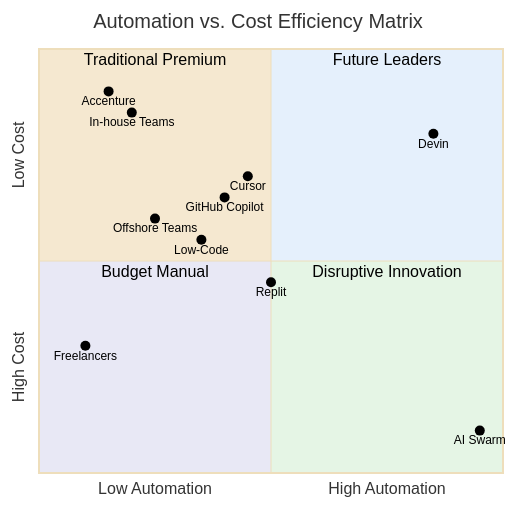
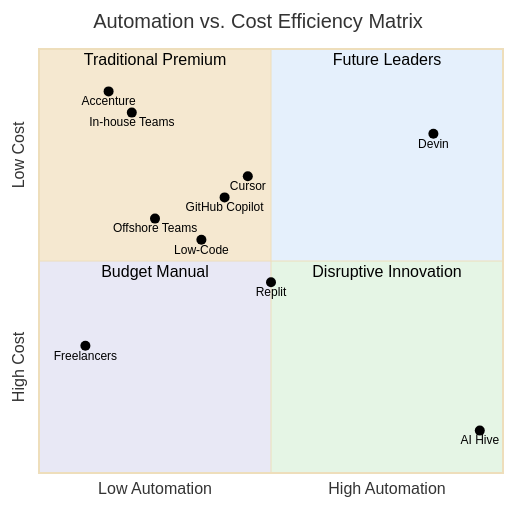
One commit to o2alexanderfedin/AI-Hive-Business-Docs changed diagram 15 of 18 in business-documents/competitive-positioning/02-competitive-landscape.md. Above: the diagram before and after it, drawn with Mermaid. The commit also changed other lines of this file and 22 other files, not shown here.

First line of the commit message:
Replace all references from 'AI Swarm' to 'AI Hive' across project

````diff
--- a/business-documents/competitive-positioning/02-competitive-landscape.md
+++ b/business-documents/competitive-positioning/02-competitive-landscape.md
@@ -807,37 +807,37 @@
 ```mermaid
 %%{init: {
   'theme': 'base',
   'themeVariables': {
     'quadrant1Fill': '#E5F0FC',
     'quadrant2Fill': '#F5E8D0',
     'quadrant3Fill': '#E8E8F5',
     'quadrant4Fill': '#E5F5E5',
     'quadrant1TextFill': '#000000',
     'quadrant2TextFill': '#000000',
     'quadrant3TextFill': '#000000',
     'quadrant4TextFill': '#000000',
     'quadrantPointFill': '#000000',
     'quadrantPointTextFill': '#000000'
   }
 }}%%
 quadrantChart
     title Automation vs. Cost Efficiency Matrix
     x-axis Low Automation --> High Automation
     y-axis High Cost --> Low Cost
 
     quadrant-1 Future Leaders
     quadrant-2 Traditional Premium
     quadrant-3 Budget Manual
     quadrant-4 Disruptive Innovation
 
     "Accenture": [0.15, 0.90]
     "In-house Teams": [0.20, 0.85]
     "Offshore Teams": [0.25, 0.60]
     "Freelancers": [0.10, 0.30]
     "GitHub Copilot": [0.40, 0.65]
     "Cursor": [0.45, 0.70]
     "Replit": [0.50, 0.45]
     "Low-Code": [0.35, 0.55]
     "Devin": [0.85, 0.80]
-    "AI Swarm": [0.95, 0.10]
+    "AI Hive": [0.95, 0.10]
 ```
````
